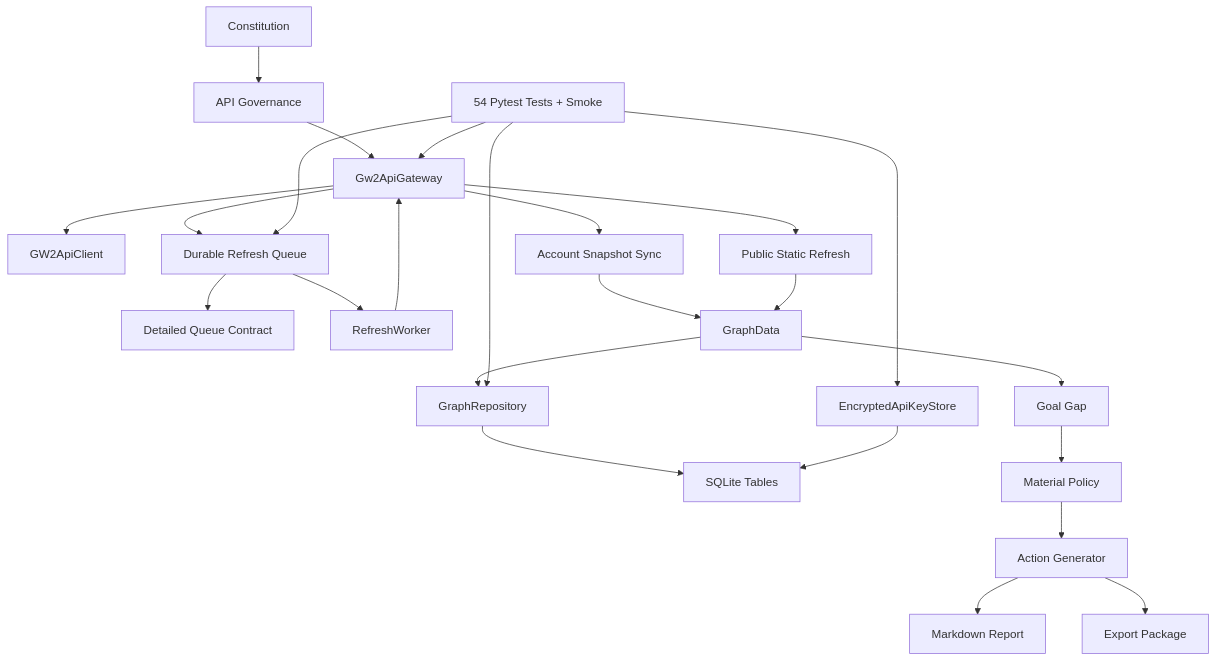
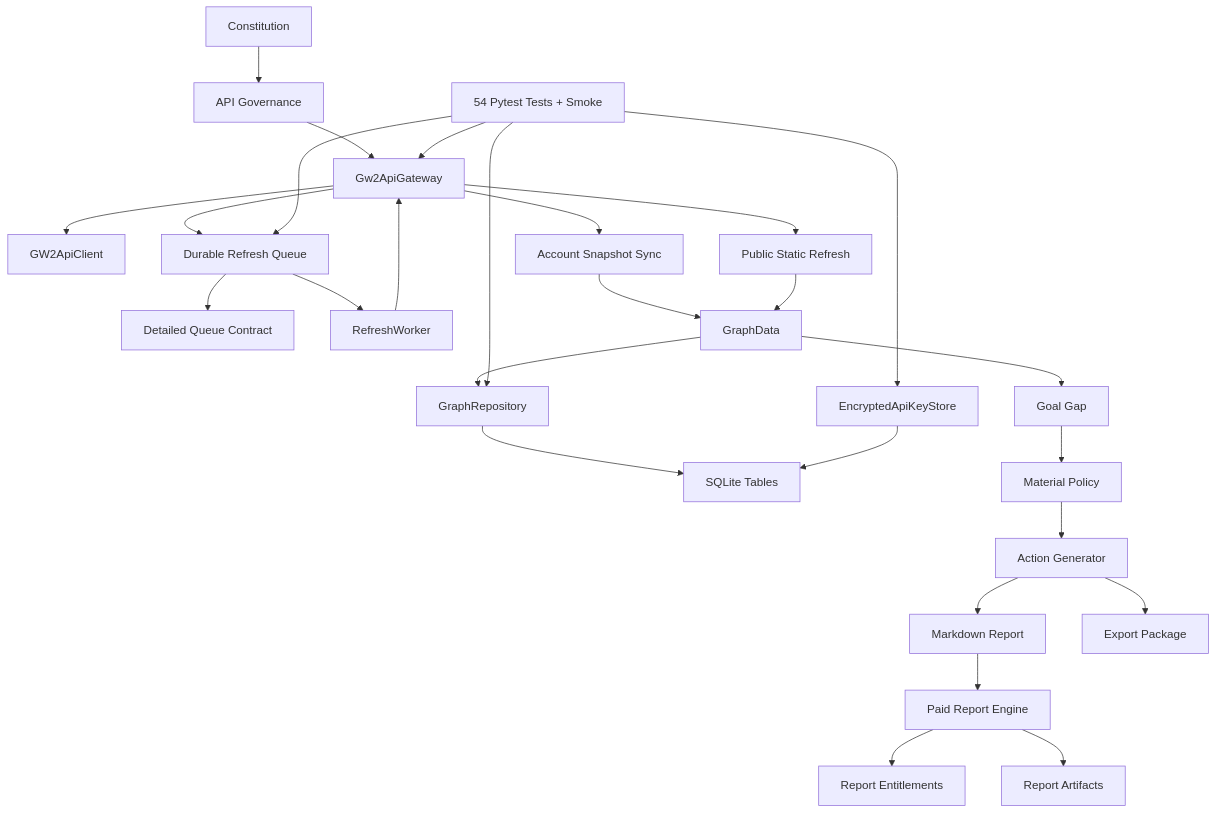
One commit to johnslee1207-commits/gw2radar changed the diagram in docs/analysis/POST_MVP_GRAPH_MATURITY_AND_ROADMAP.md. Above: the diagram before and after it, drawn with Mermaid. The commit also changed other lines of this file and 17 other files, not shown here.

Commit message:
Add paid report engine

````diff
--- a/docs/analysis/POST_MVP_GRAPH_MATURITY_AND_ROADMAP.md
+++ b/docs/analysis/POST_MVP_GRAPH_MATURITY_AND_ROADMAP.md
@@ -39,30 +39,33 @@
 ```mermaid
 flowchart TD
   Constitution["Constitution"] --> Governance["API Governance"]
   Governance --> Gateway["Gw2ApiGateway"]
   Gateway --> Client["GW2ApiClient"]
   Gateway --> Queue["Durable Refresh Queue"]
   Queue --> QueueContract["Detailed Queue Contract"]
   Queue --> Worker["RefreshWorker"]
   Worker --> Gateway
 
   Gateway --> AccountSync["Account Snapshot Sync"]
   Gateway --> PublicRefresh["Public Static Refresh"]
 
   GraphData["GraphData"] --> Repository["GraphRepository"]
   Repository --> SQLite["SQLite Tables"]
   AccountSync --> GraphData
   PublicRefresh --> GraphData
 
   GraphData --> Gap["Goal Gap"]
   Gap --> Policy["Material Policy"]
   Policy --> Actions["Action Generator"]
   Actions --> Report["Markdown Report"]
   Actions --> Package["Export Package"]
+  Report --> PaidReports["Paid Report Engine"]
+  PaidReports --> Entitlements["Report Entitlements"]
+  PaidReports --> Artifacts["Report Artifacts"]
 
   KeyStore["EncryptedApiKeyStore"] --> SQLite
   Tests["54 Pytest Tests + Smoke"] --> Gateway
   Tests --> Queue
   Tests --> Repository
   Tests --> KeyStore
 ```
````
